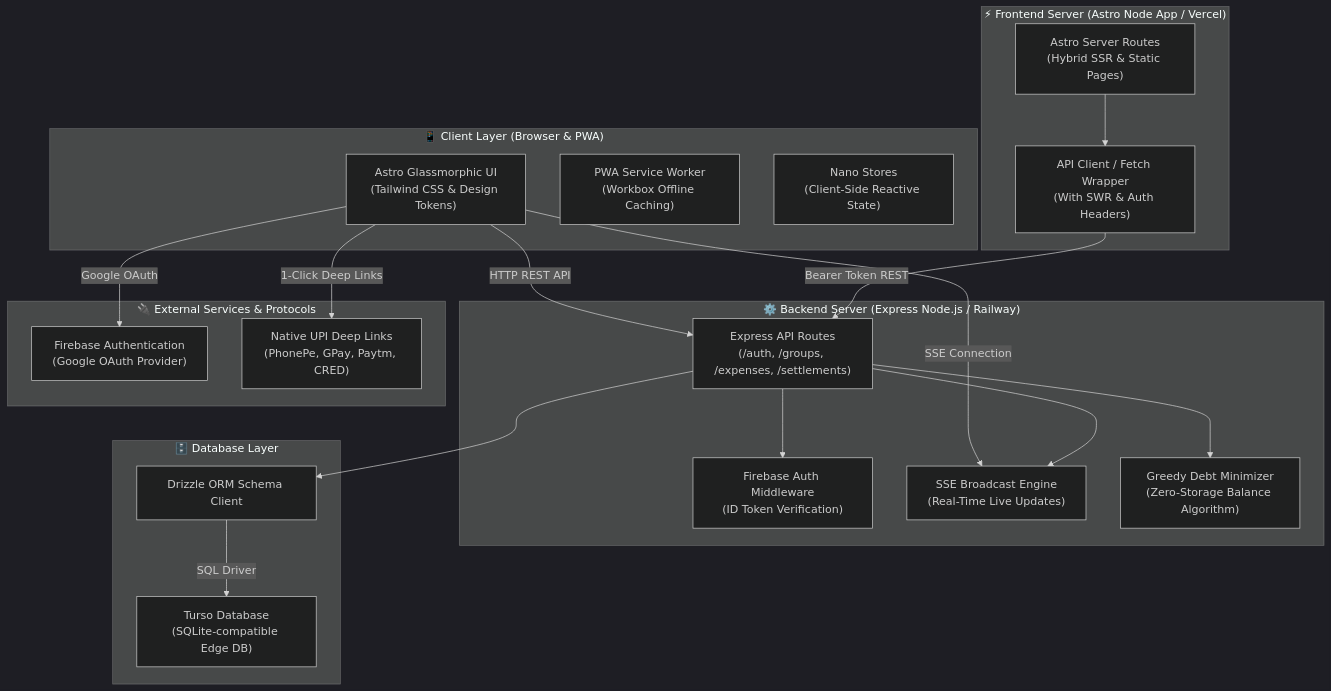
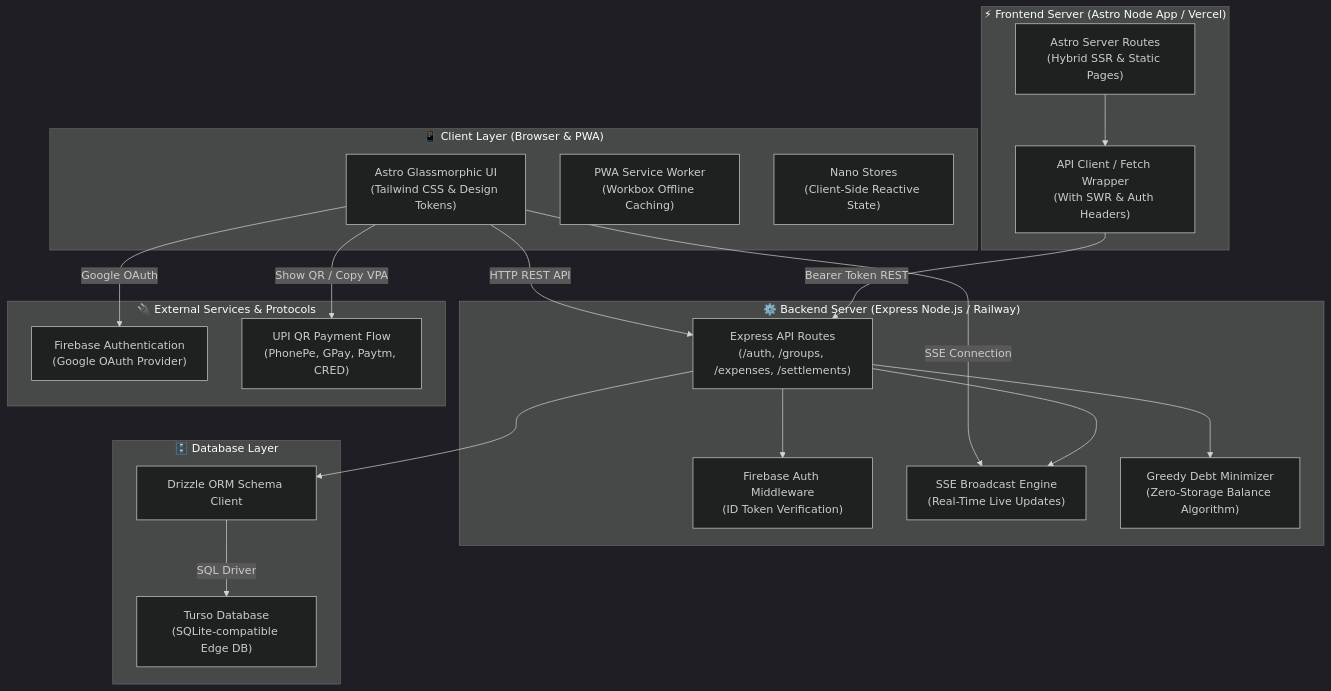
The diagram in README.md (reck98/SplitMate), drawn with Mermaid (dark theme) before and after one commit. The commit also changed other lines of this file and 9 other files, not shown here.

````diff
--- a/README.md
+++ b/README.md
@@ -179,45 +180,45 @@
 ```mermaid
 graph TD
     subgraph ClientLayer["📱 Client Layer (Browser & PWA)"]
         UI["Astro Glassmorphic UI<br/>(Tailwind CSS & Design Tokens)"]
         PWA["PWA Service Worker<br/>(Workbox Offline Caching)"]
         State["Nano Stores<br/>(Client-Side Reactive State)"]
     end
 
     subgraph FrontendServer["⚡ Frontend Server (Astro Node App / Vercel)"]
         Pages["Astro Server Routes<br/>(Hybrid SSR & Static Pages)"]
         APIClient["API Client / Fetch Wrapper<br/>(With SWR & Auth Headers)"]
     end
 
     subgraph BackendServer["⚙️ Backend Server (Express Node.js / Railway)"]
         AuthMiddleware["Firebase Auth Middleware<br/>(ID Token Verification)"]
         Routes["Express API Routes<br/>(/auth, /groups, /expenses, /settlements)"]
         SSEEngine["SSE Broadcast Engine<br/>(Real-Time Live Updates)"]
         DebtAlgo["Greedy Debt Minimizer<br/>(Zero-Storage Balance Algorithm)"]
     end
 
     subgraph DatabaseLayer["🗄️ Database Layer"]
         Drizzle["Drizzle ORM Schema Client"]
         Turso["Turso Database<br/>(SQLite-compatible Edge DB)"]
     end
 
     subgraph ExternalServices["🔌 External Services & Protocols"]
         FirebaseAuth["Firebase Authentication<br/>(Google OAuth Provider)"]
-        UPIPay["Native UPI Deep Links<br/>(PhonePe, GPay, Paytm, CRED)"]
+        UPIPay["UPI QR Payment Flow<br/>(PhonePe, GPay, Paytm, CRED)"]
     end
 
     UI -->|"Google OAuth"| FirebaseAuth
     UI -->|"HTTP REST API"| Routes
     UI -->|"SSE Connection"| SSEEngine
-    UI -->|"1-Click Deep Links"| UPIPay
+    UI -->|"Show QR / Copy VPA"| UPIPay
 
     Pages --> APIClient
     APIClient -->|"Bearer Token REST"| Routes
 
     Routes --> AuthMiddleware
     Routes --> DebtAlgo
     Routes --> Drizzle
     Routes --> SSEEngine
 
     Drizzle -->|"SQL Driver"| Turso
 ```
````
